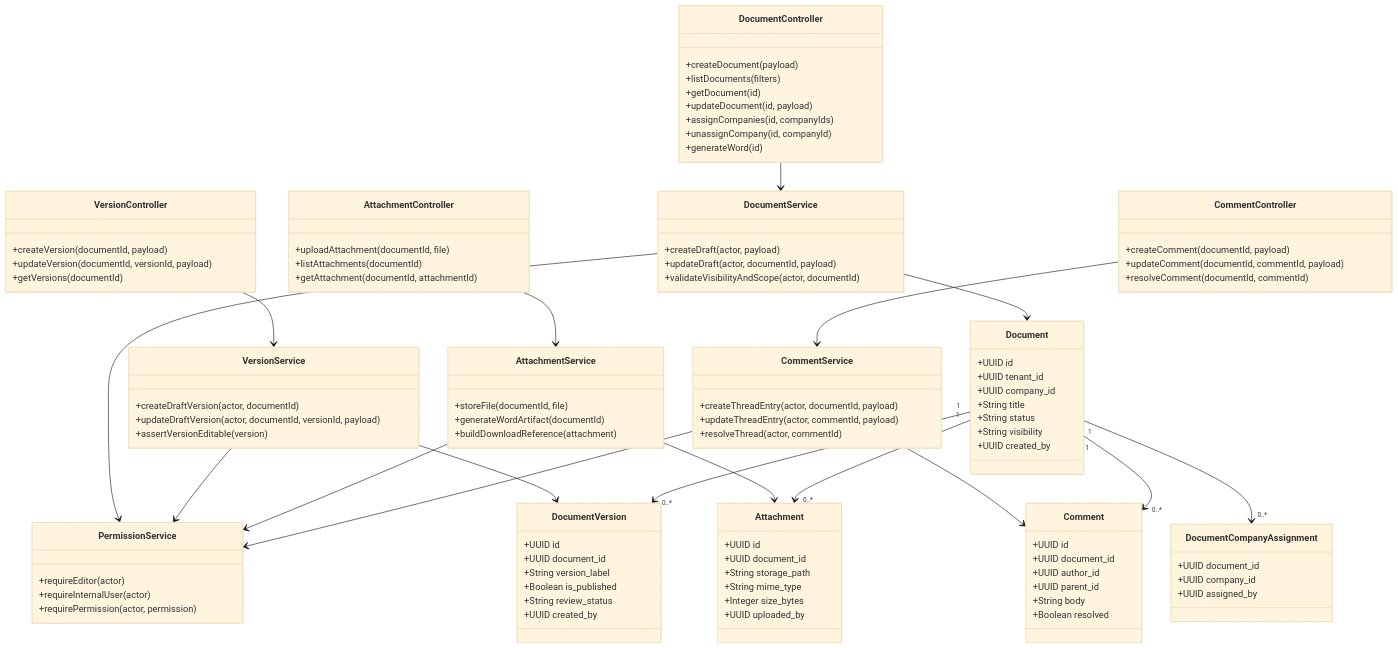
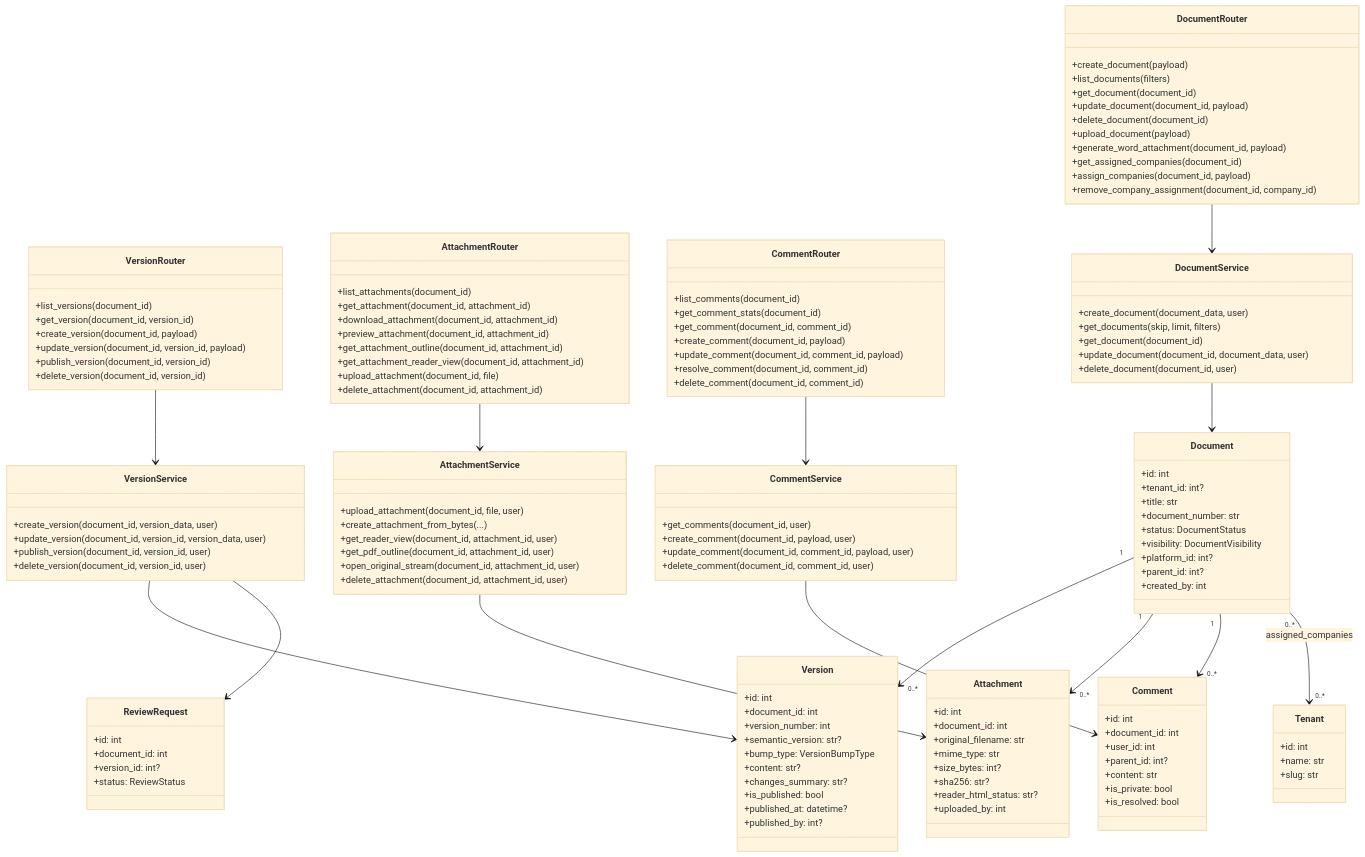
The diagram in diagrams/phases/P2_AUTHORING_ASSEMBLY/CLASS.md (Yogevso/finale_project), drawn with Mermaid (base theme) before and after one commit. The commit also changed 23 other files, not shown here.

Commit message:
chore: update phase diagrams and frontend artifacts

````diff
--- a/diagrams/phases/P2_AUTHORING_ASSEMBLY/CLASS.md
+++ b/diagrams/phases/P2_AUTHORING_ASSEMBLY/CLASS.md
@@ -3,107 +3,149 @@
 ```mermaid
 classDiagram
-    class DocumentController {
-        +createDocument(payload)
-        +listDocuments(filters)
-        +getDocument(id)
-        +updateDocument(id, payload)
-        +assignCompanies(id, companyIds)
-        +unassignCompany(id, companyId)
-        +generateWord(id)
-    }
-    class VersionController {
-        +createVersion(documentId, payload)
-        +updateVersion(documentId, versionId, payload)
-        +getVersions(documentId)
-    }
-    class AttachmentController {
-        +uploadAttachment(documentId, file)
-        +listAttachments(documentId)
-        +getAttachment(documentId, attachmentId)
-    }
-    class CommentController {
-        +createComment(documentId, payload)
-        +updateComment(documentId, commentId, payload)
-        +resolveComment(documentId, commentId)
-    }
-    class DocumentService {
-        +createDraft(actor, payload)
-        +updateDraft(actor, documentId, payload)
-        +validateVisibilityAndScope(actor, documentId)
-    }
-    class VersionService {
-        +createDraftVersion(actor, documentId)
-        +updateDraftVersion(actor, documentId, versionId, payload)
-        +assertVersionEditable(version)
-    }
-    class AttachmentService {
-        +storeFile(documentId, file)
-        +generateWordArtifact(documentId)
-        +buildDownloadReference(attachment)
-    }
-    class CommentService {
-        +createThreadEntry(actor, documentId, payload)
-        +updateThreadEntry(actor, commentId, payload)
-        +resolveThread(actor, commentId)
-    }
-    class PermissionService {
-        +requireEditor(actor)
-        +requireInternalUser(actor)
-        +requirePermission(actor, permission)
-    }
-    class Document {
-        +UUID id
-        +UUID tenant_id
-        +UUID company_id
-        +String title
-        +String status
-        +String visibility
-        +UUID created_by
-    }
-    class DocumentVersion {
-        +UUID id
-        +UUID document_id
-        +String version_label
-        +Boolean is_published
-        +String review_status
-        +UUID created_by
-    }
-    class Attachment {
-        +UUID id
-        +UUID document_id
-        +String storage_path
-        +String mime_type
-        +Integer size_bytes
-        +UUID uploaded_by
-    }
-    class Comment {
-        +UUID id
-        +UUID document_id
-        +UUID author_id
-        +UUID parent_id
-        +String body
-        +Boolean resolved
-    }
-    class DocumentCompanyAssignment {
-        +UUID document_id
-        +UUID company_id
-        +UUID assigned_by
+    class DocumentRouter {
+        +create_document(payload)
+        +list_documents(filters)
+        +get_document(document_id)
+        +update_document(document_id, payload)
+        +delete_document(document_id)
+        +upload_document(payload)
+        +generate_word_attachment(document_id, payload)
+        +get_assigned_companies(document_id)
+        +assign_companies(document_id, payload)
+        +remove_company_assignment(document_id, company_id)
     }
 
-    DocumentController --> DocumentService
-    VersionController --> VersionService
-    AttachmentController --> AttachmentService
-    CommentController --> CommentService
-    DocumentService --> PermissionService
-    VersionService --> PermissionService
-    AttachmentService --> PermissionService
-    CommentService --> PermissionService
+    class VersionRouter {
+        +list_versions(document_id)
+        +get_version(document_id, version_id)
+        +create_version(document_id, payload)
+        +update_version(document_id, version_id, payload)
+        +publish_version(document_id, version_id)
+        +delete_version(document_id, version_id)
+    }
+
+    class AttachmentRouter {
+        +list_attachments(document_id)
+        +get_attachment(document_id, attachment_id)
+        +download_attachment(document_id, attachment_id)
+        +preview_attachment(document_id, attachment_id)
+        +get_attachment_outline(document_id, attachment_id)
+        +get_attachment_reader_view(document_id, attachment_id)
+        +upload_attachment(document_id, file)
+        +delete_attachment(document_id, attachment_id)
+    }
+
+    class CommentRouter {
+        +list_comments(document_id)
+        +get_comment_stats(document_id)
+        +get_comment(document_id, comment_id)
+        +create_comment(document_id, payload)
+        +update_comment(document_id, comment_id, payload)
+        +resolve_comment(document_id, comment_id)
+        +delete_comment(document_id, comment_id)
+    }
+
+    class DocumentService {
+        +create_document(document_data, user)
+        +get_documents(skip, limit, filters)
+        +get_document(document_id)
+        +update_document(document_id, document_data, user)
+        +delete_document(document_id, user)
+    }
+
+    class VersionService {
+        +create_version(document_id, version_data, user)
+        +update_version(document_id, version_id, version_data, user)
+        +publish_version(document_id, version_id, user)
+        +delete_version(document_id, version_id, user)
+    }
+
+    class AttachmentService {
+        +upload_attachment(document_id, file, user)
+        +create_attachment_from_bytes(...)
+        +get_reader_view(document_id, attachment_id, user)
+        +get_pdf_outline(document_id, attachment_id, user)
+        +open_original_stream(document_id, attachment_id, user)
+        +delete_attachment(document_id, attachment_id, user)
+    }
+
+    class CommentService {
+        +get_comments(document_id, user)
+        +create_comment(document_id, payload, user)
+        +update_comment(document_id, comment_id, payload, user)
+        +delete_comment(document_id, comment_id, user)
+    }
+
+    class Document {
+        +id: int
+        +tenant_id: int?
+        +title: str
+        +document_number: str
+        +status: DocumentStatus
+        +visibility: DocumentVisibility
+        +platform_id: int?
+        +parent_id: int?
+        +created_by: int
+    }
+
+    class Version {
+        +id: int
+        +document_id: int
+        +version_number: int
+        +semantic_version: str?
+        +bump_type: VersionBumpType
+        +content: str?
+        +changes_summary: str?
+        +is_published: bool
+        +published_at: datetime?
+        +published_by: int?
+    }
+
+    class ReviewRequest {
+        +id: int
+        +document_id: int
+        +version_id: int?
+        +status: ReviewStatus
+    }
+
+    class Attachment {
+        +id: int
+        +document_id: int
+        +original_filename: str
+        +mime_type: str
+        +size_bytes: int?
+        +sha256: str?
+        +reader_html_status: str?
+        +uploaded_by: int
+    }
+
+    class Comment {
+        +id: int
+        +document_id: int
+        +user_id: int
+        +parent_id: int?
+        +content: str
+        +is_private: bool
+        +is_resolved: bool
+    }
+
+    class Tenant {
+        +id: int
+        +name: str
+        +slug: str
+    }
+
+    DocumentRouter --> DocumentService
+    VersionRouter --> VersionService
+    AttachmentRouter --> AttachmentService
+    CommentRouter --> CommentService
     DocumentService --> Document
-    VersionService --> DocumentVersion
+    VersionService --> Version
+    VersionService --> ReviewRequest
     AttachmentService --> Attachment
     CommentService --> Comment
-    Document "1" --> "0..*" DocumentVersion
+    Document "1" --> "0..*" Version
     Document "1" --> "0..*" Attachment
     Document "1" --> "0..*" Comment
-    Document "1" --> "0..*" DocumentCompanyAssignment
+    Document "0..*" --> "0..*" Tenant : assigned_companies
 ```
````
